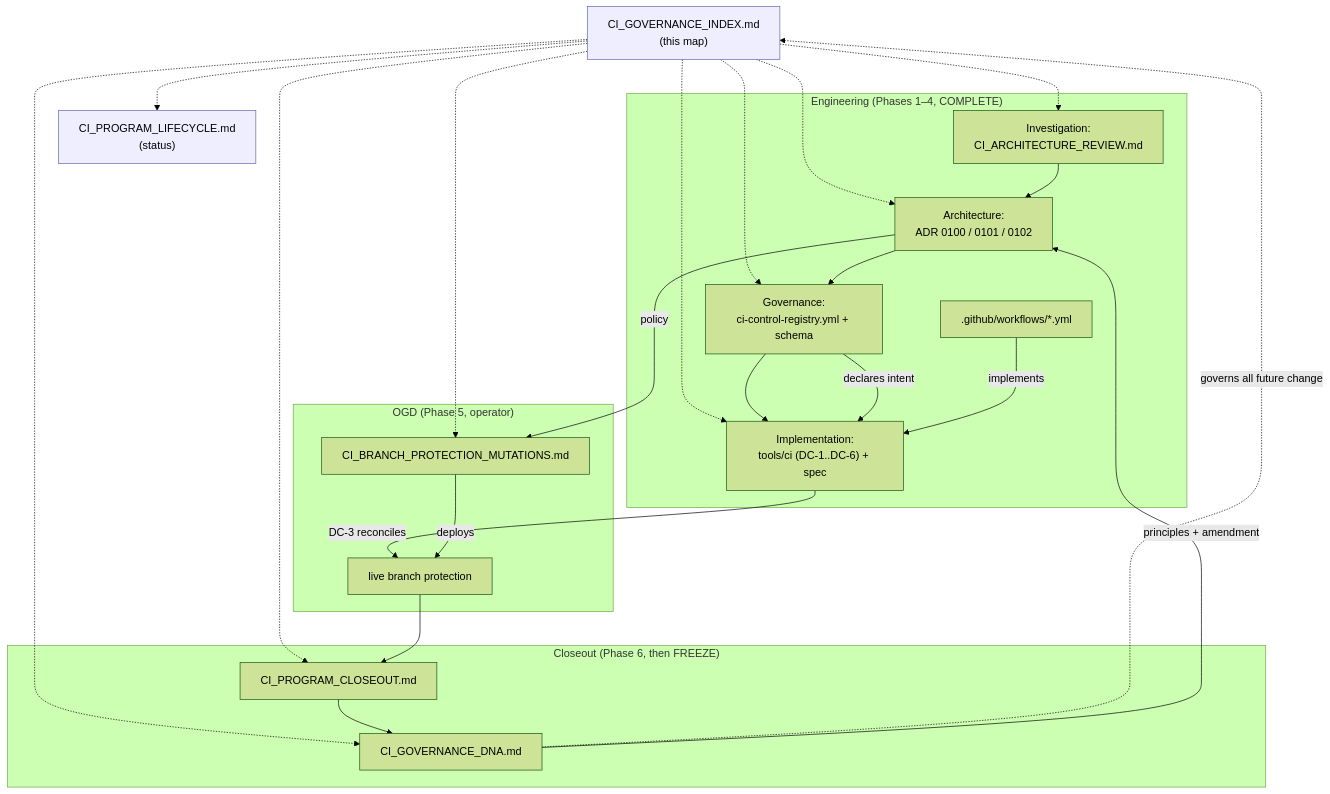
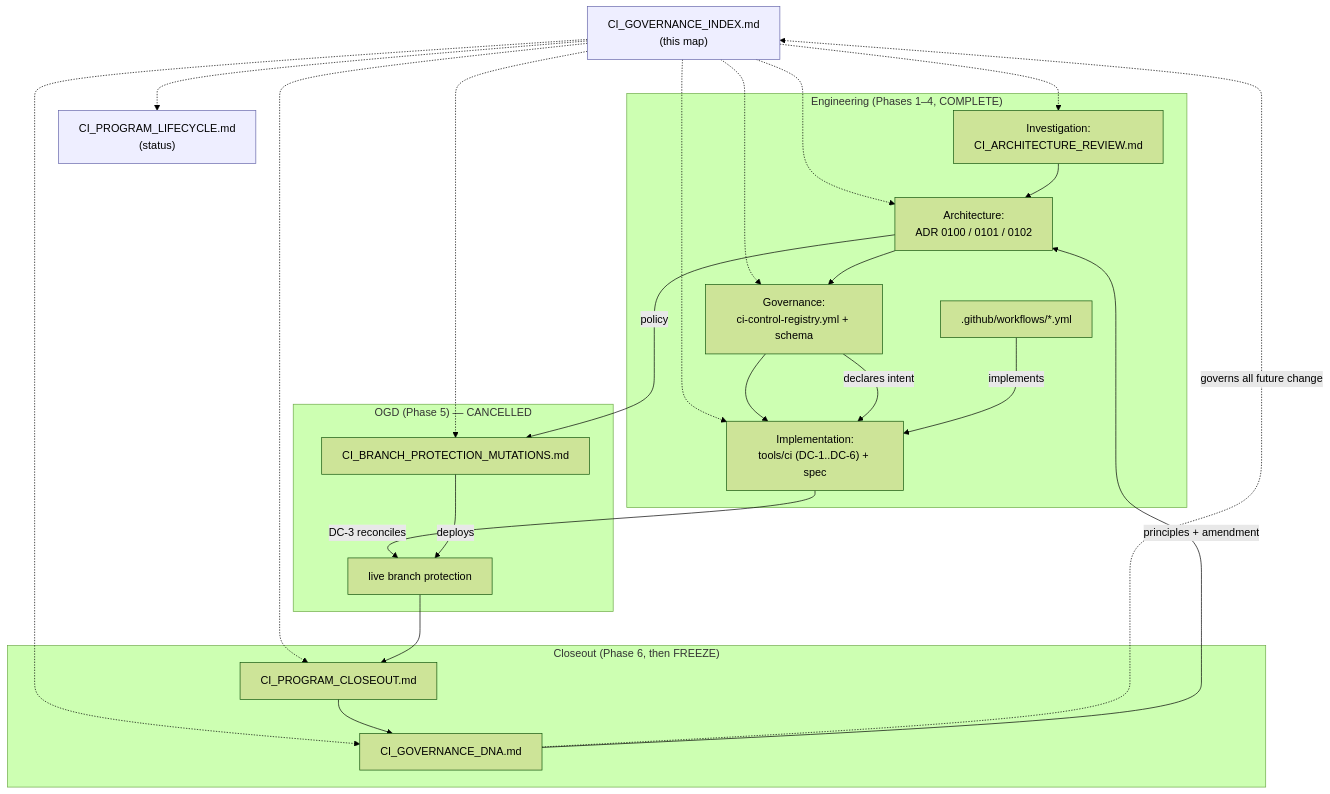
The diagram in docs/ci/CI_GOVERNANCE_INDEX.md (Fleezyflo/fanops), drawn with Mermaid (forest theme) before and after one commit. The commit also changed other lines of this file and 12 other files, not shown here.

````diff
--- a/docs/ci/CI_GOVERNANCE_INDEX.md
+++ b/docs/ci/CI_GOVERNANCE_INDEX.md
@@ -97,32 +98,32 @@
 ```mermaid
 graph TD
   IDX["CI_GOVERNANCE_INDEX.md<br/>(this map)"]:::nav
   subgraph P1_4["Engineering (Phases 1–4, COMPLETE)"]
     REV["Investigation:<br/>CI_ARCHITECTURE_REVIEW.md"]
     ADR["Architecture:<br/>ADR 0100 / 0101 / 0102"]
     REG["Governance:<br/>ci-control-registry.yml + schema"]
     VAL["Implementation:<br/>tools/ci (DC-1..DC-6) + spec"]
     WF[".github/workflows/*.yml"]
   end
-  subgraph P5["OGD (Phase 5, operator)"]
+  subgraph P5["OGD (Phase 5) — CANCELLED"]
     RUN["CI_BRANCH_PROTECTION_MUTATIONS.md"]
     LIVE["live branch protection"]
   end
   subgraph P6["Closeout (Phase 6, then FREEZE)"]
     CLO["CI_PROGRAM_CLOSEOUT.md"]
     DNA["CI_GOVERNANCE_DNA.md"]
   end
   LIFE["CI_PROGRAM_LIFECYCLE.md<br/>(status)"]:::nav
 
   IDX -.-> REV & ADR & REG & VAL & RUN & CLO & DNA & LIFE
   REV --> ADR --> REG --> VAL
   ADR -->|policy| RUN
   REG -->|declares intent| VAL
   WF -->|implements| VAL
   VAL -->|DC-3 reconciles| LIVE
   RUN -->|deploys| LIVE
   LIVE --> CLO --> DNA
   DNA -.governs all future change.-> IDX
   DNA -->|principles + amendment| ADR
   classDef nav fill:#eef,stroke:#66a,stroke-width:1px;
 ```
````
